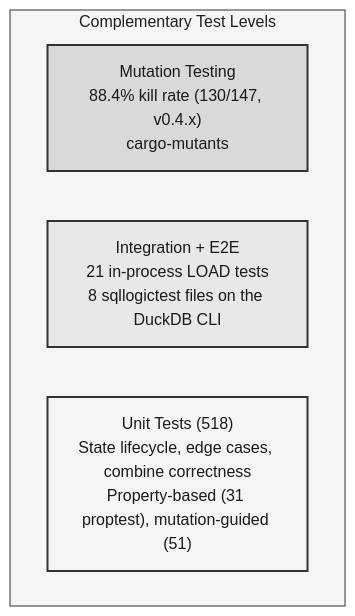
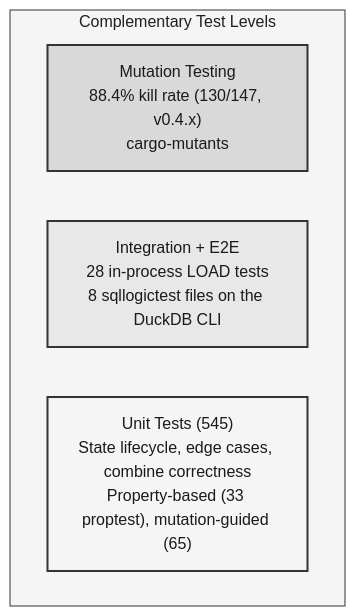
One commit to tomtom215/duckdb-behavioral changed the second of 4 diagrams in docs/src/engineering.md. Above: the diagram before and after it, drawn with Mermaid. The commit also changed other lines of this file and 20 other files, not shown here.

````diff
--- a/docs/src/engineering.md
+++ b/docs/src/engineering.md
@@ -161,13 +161,13 @@
 ```mermaid
 %%{init: {'theme': 'base', 'themeVariables': {'primaryColor': '#ffffff', 'primaryTextColor': '#1a1a1a', 'primaryBorderColor': '#333333', 'lineColor': '#333333', 'secondaryColor': '#f5f5f5', 'tertiaryColor': '#e0e0e0', 'textColor': '#1a1a1a', 'clusterBkg': '#f5f5f5', 'clusterBorder': '#333333'}}}%%
 graph TB
     subgraph "Complementary Test Levels"
         L3["Mutation Testing<br/>88.4% kill rate (130/147, v0.4.x)<br/>cargo-mutants"]
-        L2["Integration + E2E<br/>21 in-process LOAD tests<br/>8 sqllogictest files on the DuckDB CLI"]
-        L1["Unit Tests (518)<br/>State lifecycle, edge cases, combine correctness<br/>Property-based (31 proptest), mutation-guided (51)"]
+        L2["Integration + E2E<br/>28 in-process LOAD tests<br/>8 sqllogictest files on the DuckDB CLI"]
+        L1["Unit Tests (545)<br/>State lifecycle, edge cases, combine correctness<br/>Property-based (33 proptest), mutation-guided (65)"]
     end
 
     style L1 fill:#f5f5f5,stroke:#333333,stroke-width:2px,color:#1a1a1a
     style L2 fill:#e8e8e8,stroke:#333333,stroke-width:2px,color:#1a1a1a
     style L3 fill:#d9d9d9,stroke:#333333,stroke-width:2px,color:#1a1a1a
 ```
````
